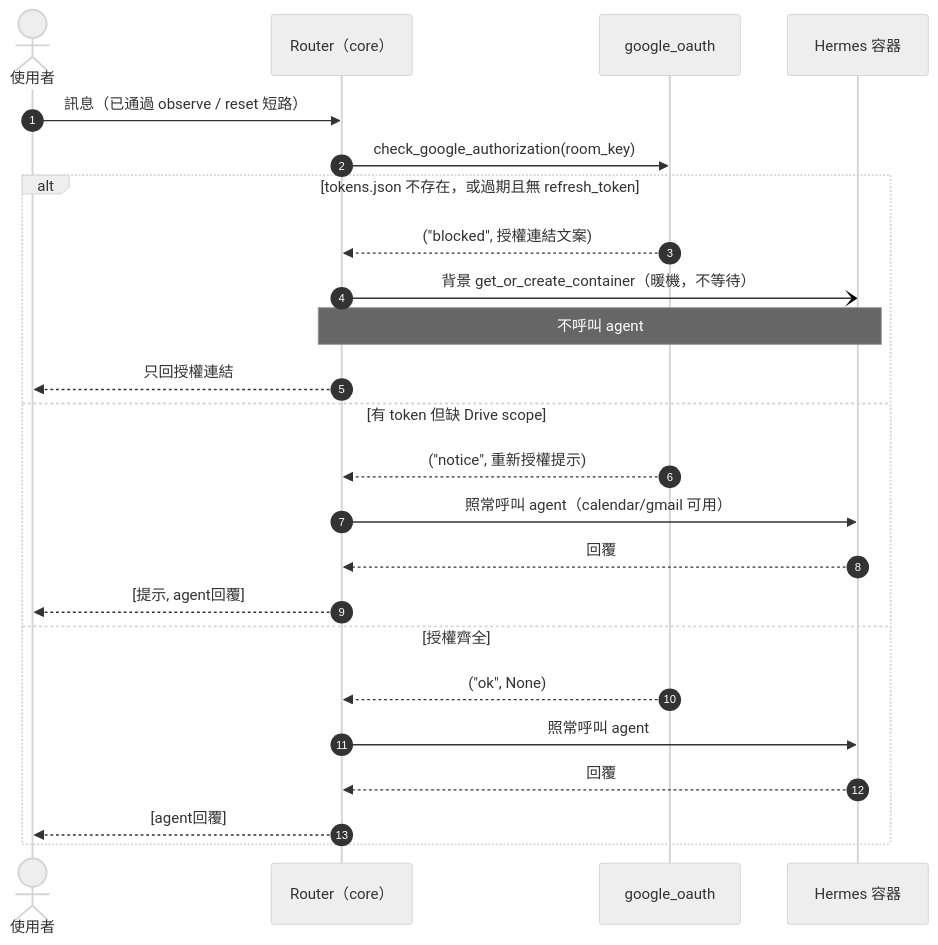
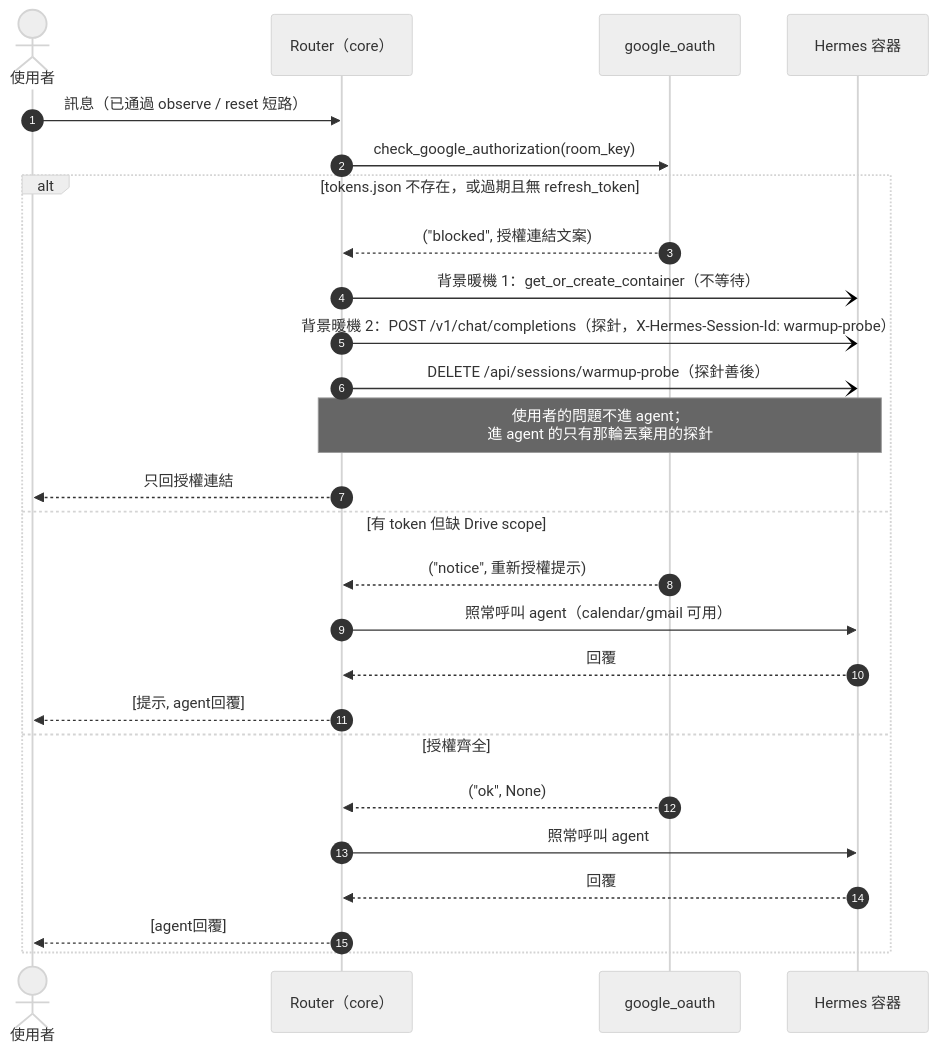
Before and after one commit to marychouchou/alice-office: the fifth of 9 diagrams in docs/sequence-diagrams.md, drawn with Mermaid (neutral theme). The commit also changed other lines of this file and 6 other files, not shown here.

````diff
--- a/docs/sequence-diagrams.md
+++ b/docs/sequence-diagrams.md
@@ -177,27 +194,29 @@
 ```mermaid
 sequenceDiagram
     autonumber
     actor U as 使用者
     participant R as Router（core）
     participant OA as google_oauth
     participant H as Hermes 容器
 
     U->>R: 訊息（已通過 observe / reset 短路）
     R->>OA: check_google_authorization(room_key)
     alt tokens.json 不存在，或過期且無 refresh_token
         OA-->>R: ("blocked", 授權連結文案)
-        R-)H: 背景 get_or_create_container（暖機，不等待）
-        Note over R,H: 不呼叫 agent
+        R-)H: 背景暖機 1：get_or_create_container（不等待）
+        R-)H: 背景暖機 2：POST /v1/chat/completions（探針，X-Hermes-Session-Id: warmup-probe）
+        R-)H: DELETE /api/sessions/warmup-probe（探針善後）
+        Note over R,H: 使用者的問題不進 agent；<br/>進 agent 的只有那輪丟棄用的探針
         R-->>U: 只回授權連結
     else 有 token 但缺 Drive scope
         OA-->>R: ("notice", 重新授權提示)
         R->>H: 照常呼叫 agent（calendar/gmail 可用）
         H-->>R: 回覆
         R-->>U: [提示, agent回覆]
     else 授權齊全
         OA-->>R: ("ok", None)
         R->>H: 照常呼叫 agent
         H-->>R: 回覆
         R-->>U: [agent回覆]
     end
 ```
````
